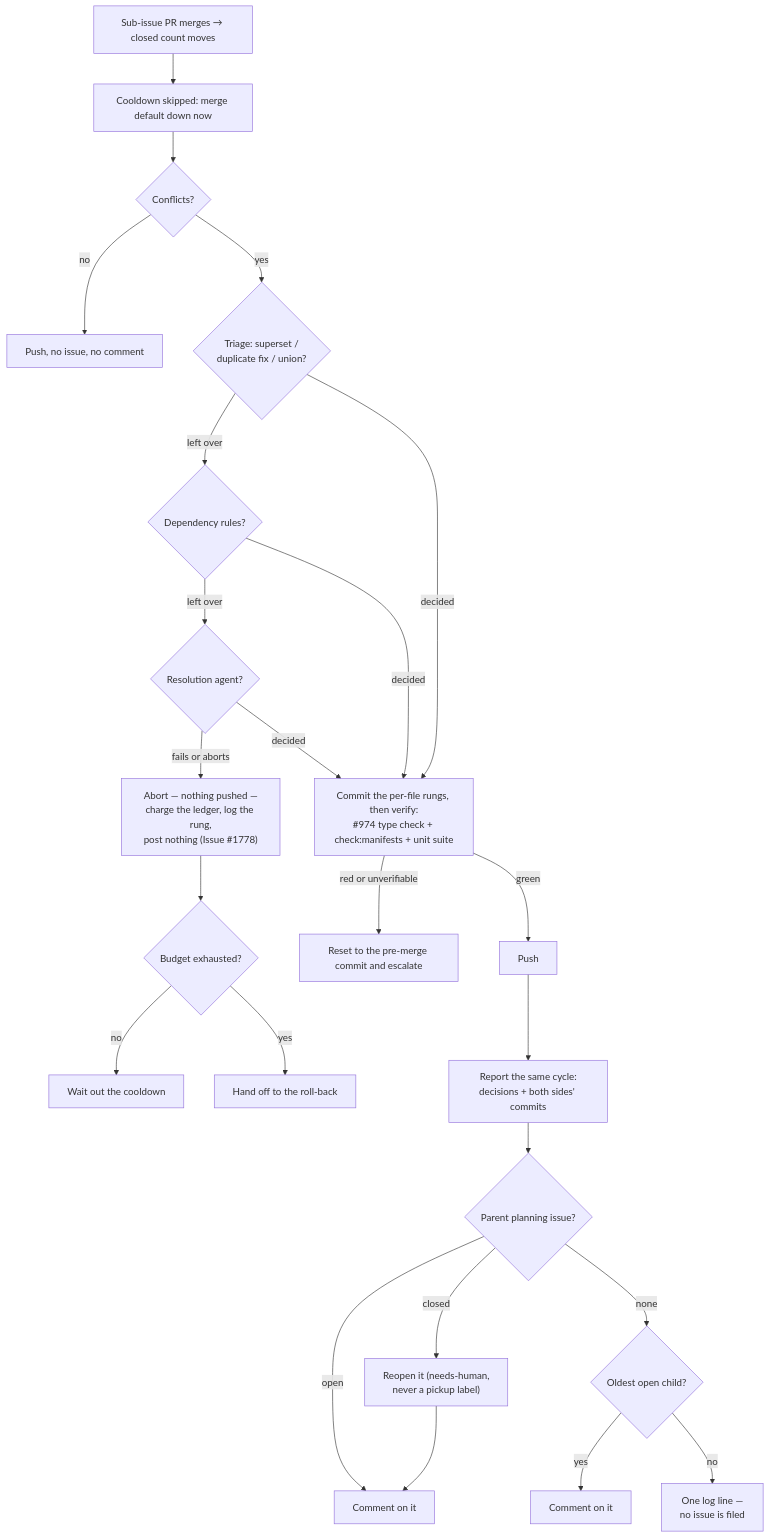
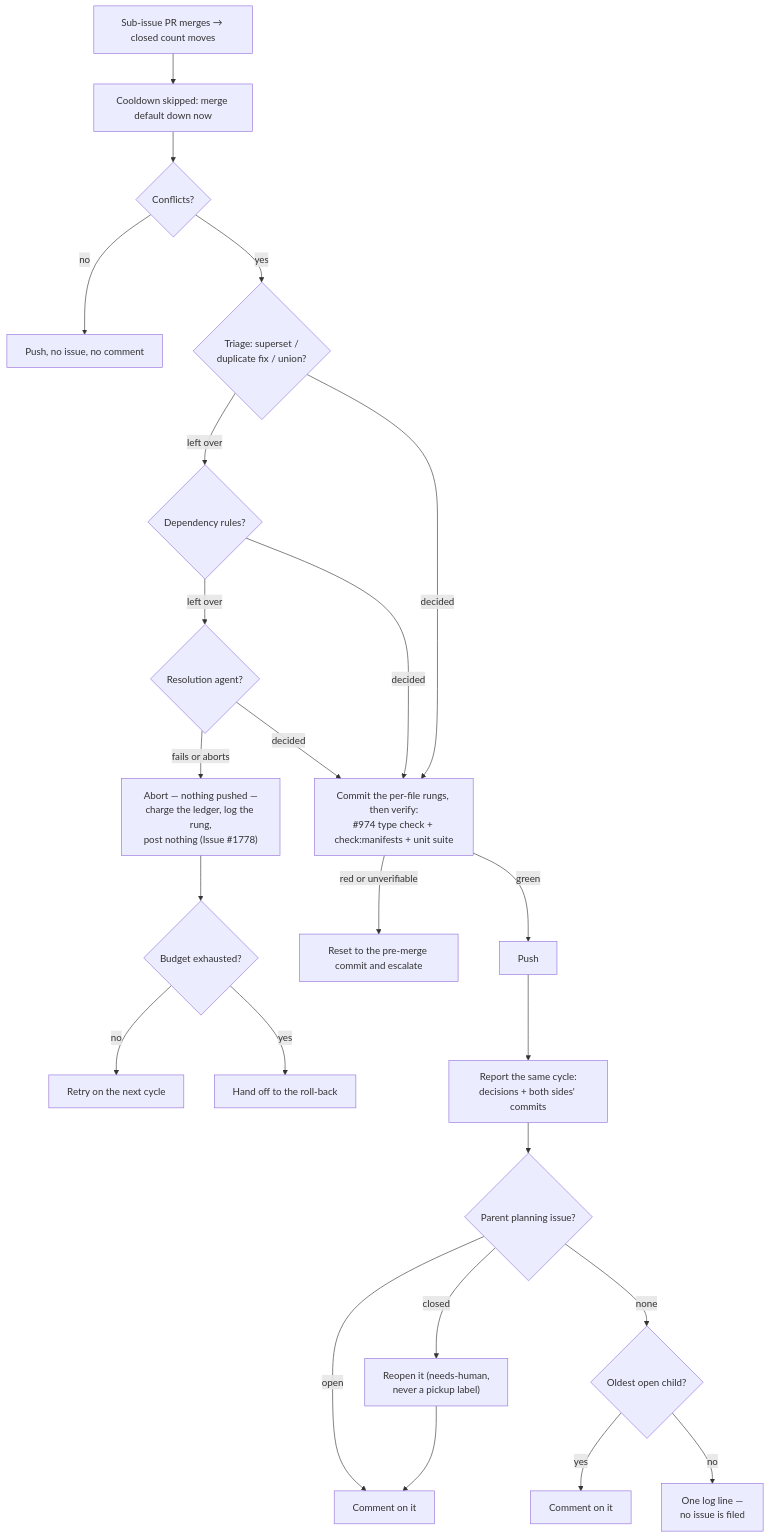
Diagram 31 of 39 in docs/INTERNALS.md (stSoftwareAU/VibeCoder), drawn with Mermaid before and after one commit. The commit also changed other lines of this file and 23 other files, not shown here.

````diff
--- a/docs/INTERNALS.md
+++ b/docs/INTERNALS.md
@@ -3408,25 +3408,25 @@
 ```mermaid
 flowchart TD
     A[Sub-issue PR merges → closed count moves] --> B[Cooldown skipped: merge default down now]
     B --> C{Conflicts?}
     C -- no --> D[Push, no issue, no comment]
     C -- yes --> T{"Triage: superset /<br/>duplicate fix / union?"}
     T -- "left over" --> RU{"Dependency rules?"}
     RU -- "left over" --> AG{"Resolution agent?"}
     AG -- "fails or aborts" --> X["Abort — nothing pushed —<br/>charge the ledger, log the rung,<br/>post nothing (Issue #1778)"]
     X --> XB{"Budget exhausted?"}
-    XB -- "no" --> XW["Wait out the cooldown"]
+    XB -- "no" --> XW["Retry on the next cycle"]
     XB -- "yes" --> XR["Hand off to the roll-back"]
     AG -- decided --> V["Commit the per-file rungs, then verify:<br/>#974 type check + check:manifests + unit suite"]
     T -- decided --> V
     RU -- decided --> V
     V -- red or unverifiable --> R[Reset to the pre-merge commit and escalate]
     V -- green --> P[Push]
     P --> F["Report the same cycle:<br/>decisions + both sides' commits"]
     F --> G{Parent planning issue?}
     G -- open --> H[Comment on it]
     G -- closed --> RO["Reopen it (needs-human,<br/>never a pickup label)"] --> H
     G -- none --> C2{Oldest open child?}
     C2 -- yes --> H2[Comment on it]
     C2 -- no --> L["One log line —<br/>no issue is filed"]
 ```
````
